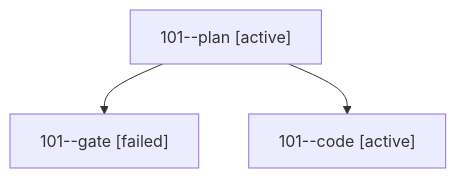
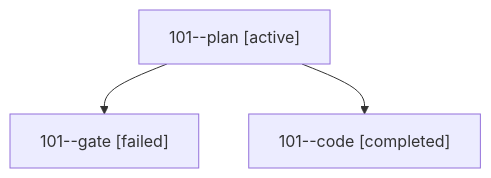
One commit to bobs-org/bob-cli--agents changed the diagram in sessions/bbugyi200.athena.101.md. Above: the diagram before and after it, drawn with Mermaid. The commit also changed other lines of this file and 21 other files, not shown here.

````diff
--- a/sessions/bbugyi200.athena.101.md
+++ b/sessions/bbugyi200.athena.101.md
@@ -9,8 +9,8 @@
 ```mermaid
 flowchart TD
   n0["101--plan [active]"]
   n1["101--gate [failed]"]
   n0 --> n1
-  n2["101--code [active]"]
+  n2["101--code [completed]"]
   n0 --> n2
 ```
````
